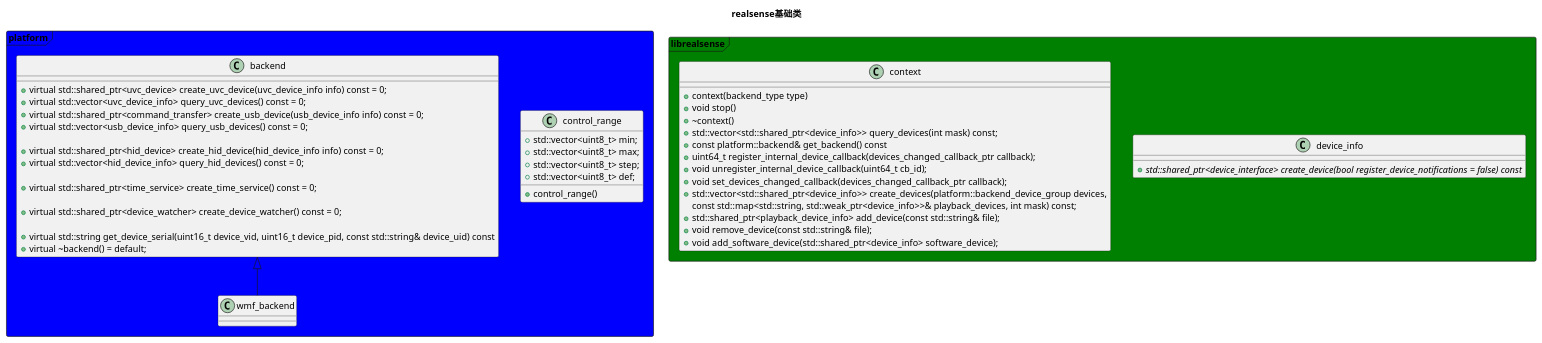
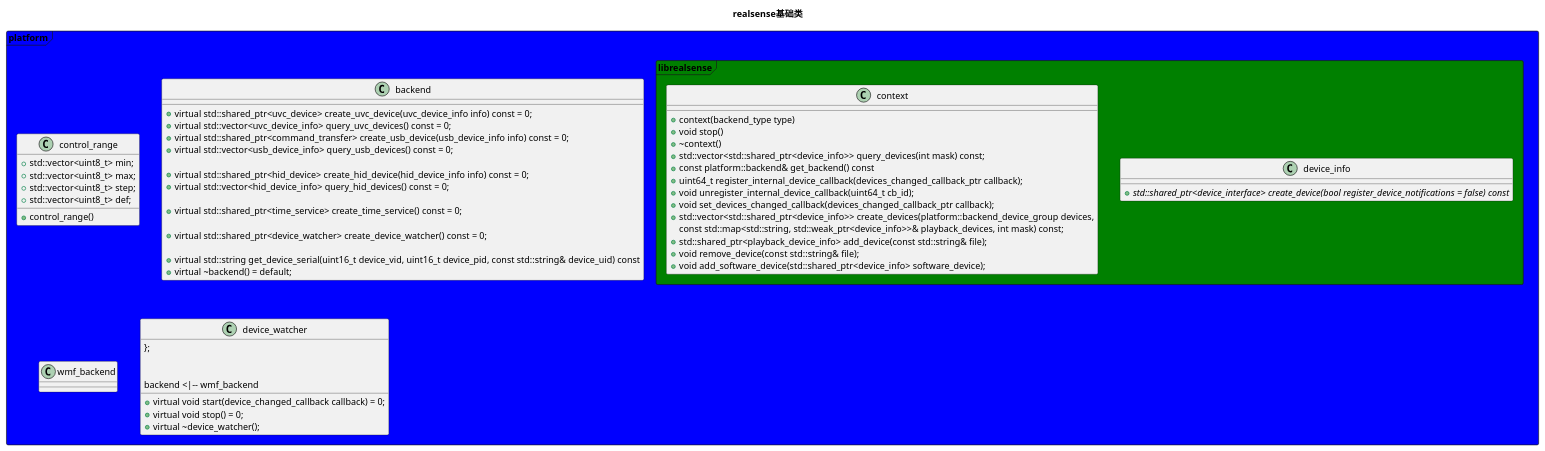
Before and after one commit to frank2019/tech_note_blog: the diagram in common/plantuml/samples/realsense_base.puml, drawn with PlantUML. The commit also changed 3 other files, not shown here.

```diff
--- a/common/plantuml/samples/realsense_base.puml
+++ b/common/plantuml/samples/realsense_base.puml
@@ -1,60 +1,67 @@
 @startuml
 title realsense基础类
 package platform <<frame>> #Blue {
     class control_range{
         +control_range()
         +std::vector<uint8_t> min;
         +std::vector<uint8_t> max;
         +std::vector<uint8_t> step;
         +std::vector<uint8_t> def;
     }
 
     class backend {
         +virtual std::shared_ptr<uvc_device> create_uvc_device(uvc_device_info info) const = 0;
         +virtual std::vector<uvc_device_info> query_uvc_devices() const = 0;
         +virtual std::shared_ptr<command_transfer> create_usb_device(usb_device_info info) const = 0;
         +virtual std::vector<usb_device_info> query_usb_devices() const = 0;
 
         +virtual std::shared_ptr<hid_device> create_hid_device(hid_device_info info) const = 0;
         +virtual std::vector<hid_device_info> query_hid_devices() const = 0;
 
         +virtual std::shared_ptr<time_service> create_time_service() const = 0;
 
         +virtual std::shared_ptr<device_watcher> create_device_watcher() const = 0;
 
         +virtual std::string get_device_serial(uint16_t device_vid, uint16_t device_pid, const std::string& device_uid) const
         +virtual ~backend() = default;
     }
     class wmf_backend {
-        
+
     }
+    class device_watcher
+    {
+        +virtual void start(device_changed_callback callback) = 0;
+        +virtual void stop() = 0;
+        +virtual ~device_watcher();
+    };
+
 
     backend <|-- wmf_backend
 
 }
 
 package librealsense <<Frame>> #Green {
     class device_info{
         +{abstract} std::shared_ptr<device_interface> create_device(bool register_device_notifications = false) const
 
     }
 
     class context {
         +context(backend_type type)
         +void stop()
         +~context()
         +std::vector<std::shared_ptr<device_info>> query_devices(int mask) const;
         +const platform::backend& get_backend() const
         +uint64_t register_internal_device_callback(devices_changed_callback_ptr callback);
         +void unregister_internal_device_callback(uint64_t cb_id);
         +void set_devices_changed_callback(devices_changed_callback_ptr callback);
         +std::vector<std::shared_ptr<device_info>> create_devices(platform::backend_device_group devices,
             const std::map<std::string, std::weak_ptr<device_info>>& playback_devices, int mask) const;
         +std::shared_ptr<playback_device_info> add_device(const std::string& file);
         +void remove_device(const std::string& file);
         +void add_software_device(std::shared_ptr<device_info> software_device);
     }
 }
 
 
 @enduml
```
